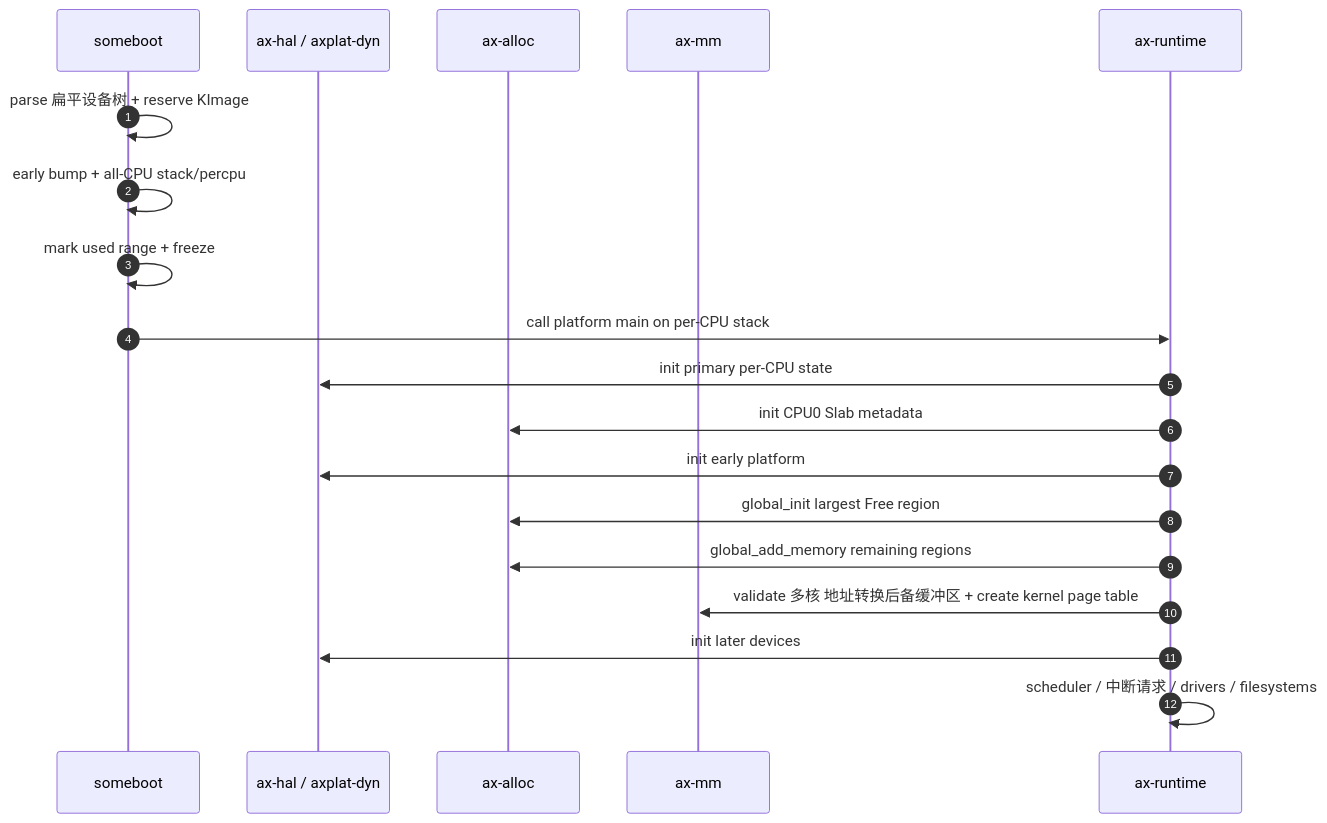
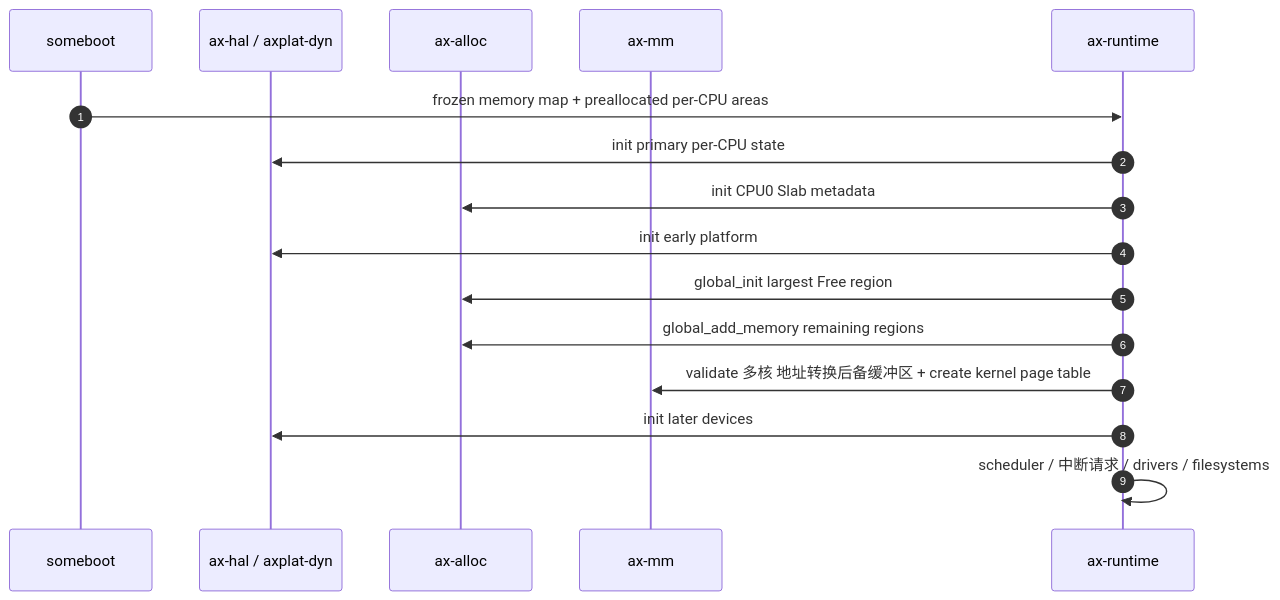
One commit to rcore-os/tgoskits changed the first of 3 diagrams in docs/docs/architecture/memory/integration.md. Above: the diagram before and after it, drawn with Mermaid. The commit also changed other lines of this file and 9 other files, not shown here.

Commit message:
docs(memory): deduplicate architecture and component details across docs

````diff
--- a/docs/docs/architecture/memory/integration.md
+++ b/docs/docs/architecture/memory/integration.md
@@ -54,21 +18,18 @@
 ```mermaid
 sequenceDiagram
     autonumber
     participant Boot as someboot
     participant Hal as ax-hal / axplat-dyn
     participant Alloc as ax-alloc
     participant Mm as ax-mm
     participant Rt as ax-runtime
-    Boot->>Boot: parse 扁平设备树 + reserve KImage
-    Boot->>Boot: early bump + all-CPU stack/percpu
-    Boot->>Boot: mark used range + freeze
-    Boot->>Rt: call platform main on per-CPU stack
+    Boot->>Rt: frozen memory map + preallocated per-CPU areas
     Rt->>Hal: init primary per-CPU state
     Rt->>Alloc: init CPU0 Slab metadata
     Rt->>Hal: init early platform
     Rt->>Alloc: global_init largest Free region
     Rt->>Alloc: global_add_memory remaining regions
     Rt->>Mm: validate 多核 地址转换后备缓冲区 + create kernel page table
     Rt->>Hal: init later devices
     Rt->>Rt: scheduler / 中断请求 / drivers / filesystems
 ```
````
